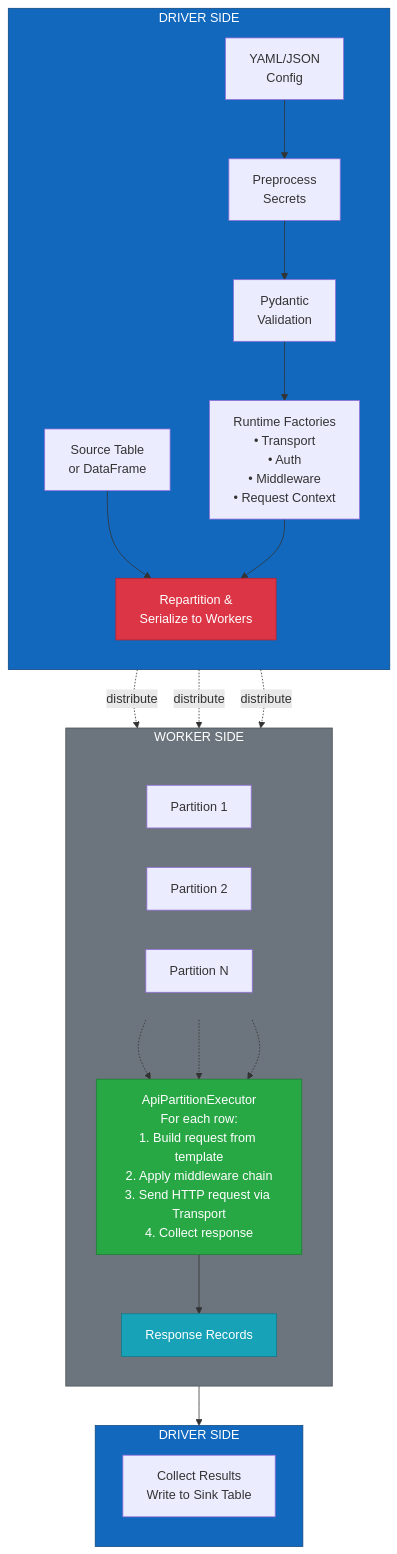
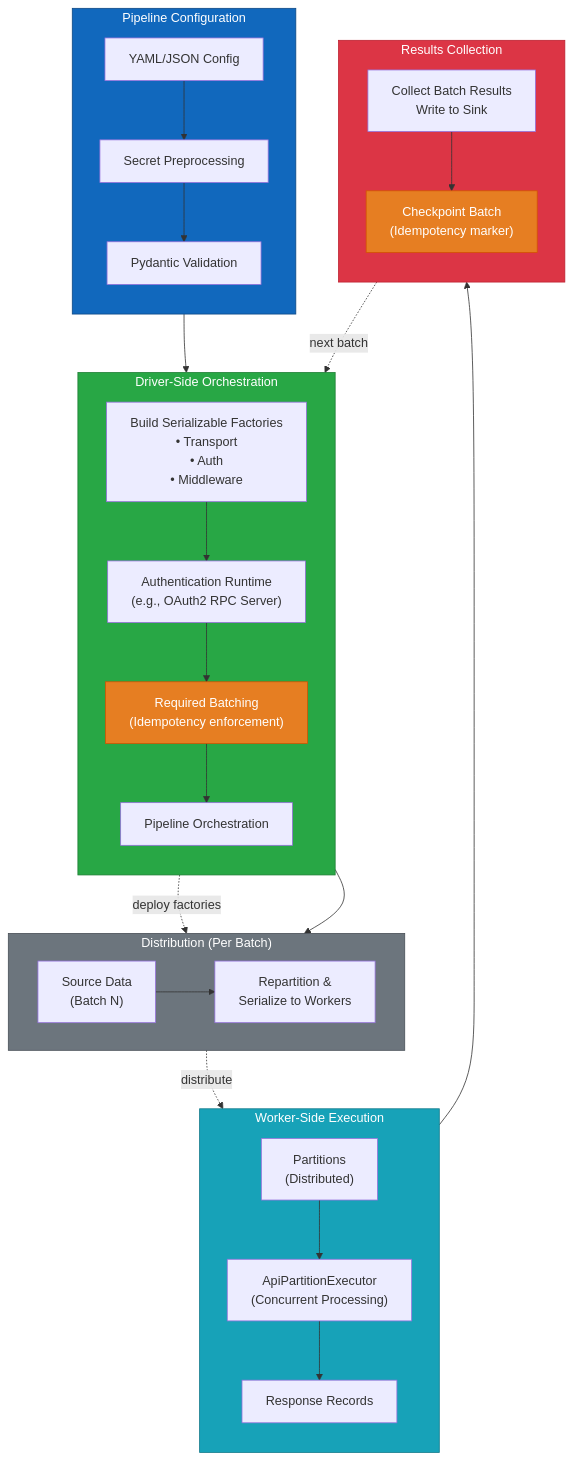
The first of 6 diagrams in docs/architecture.md (zimmerj271/distributed-api-etl), drawn with Mermaid before and after one commit. The commit also changed other lines of this file, not shown here.

Commit message:
Adds entries to architecture document

````diff
--- a/docs/architecture.md
+++ b/docs/architecture.md
@@ -44,52 +68,63 @@
 ```mermaid
 flowchart TB
-    subgraph driver1["DRIVER SIDE"]
+    subgraph config["Pipeline Configuration"]
         direction TB
-        config["YAML/JSON<br/>Config"]
-        preprocess["Preprocess<br/>Secrets"]
-        validation["Pydantic<br/>Validation"]
-        factories["Runtime Factories<br/>• Transport<br/>• Auth<br/>• Middleware<br/>• Request Context"]
-        source["Source Table<br/>or DataFrame"]
+        yaml["YAML/JSON Config"]
+        secrets["Secret Preprocessing"]
+        validation["Pydantic Validation"]
+        
+        yaml --> secrets --> validation
+    end
+    
+    subgraph driver["Driver-Side Orchestration"]
+        direction TB
+        factories["Build Serializable Factories<br/>• Transport<br/>• Auth<br/>• Middleware"]
+        auth_mgmt["Authentication Runtime<br/>(e.g., OAuth2 RPC Server)"]
+        batching["Required Batching<br/>(Idempotency enforcement)"]
+        orchestration["Pipeline Orchestration"]
+        
+        factories --> auth_mgmt
+        auth_mgmt --> batching
+        batching --> orchestration
+    end
+    
+    subgraph distribute["Distribution (Per Batch)"]
+        direction LR
+        source["Source Data<br/>(Batch N)"]
         repartition["Repartition &<br/>Serialize to Workers"]
         
-        config --> preprocess --> validation --> factories
         source --> repartition
-        factories --> repartition
     end
     
-    subgraph workers["WORKER SIDE"]
+    subgraph workers["Worker-Side Execution"]
         direction TB
-        subgraph partitions[" "]
-            direction LR
-            p1["Partition 1"]
-            p2["Partition 2"]
-            pn["Partition N"]
-        end
+        partitions["Partitions<br/>(Distributed)"]
+        executor["ApiPartitionExecutor<br/>(Concurrent Processing)"]
+        responses["Response Records"]
         
-        executor["ApiPartitionExecutor<br/>For each row:<br/>1. Build request from template<br/>2. Apply middleware chain<br/>3. Send HTTP request via Transport<br/>4. Collect response"]
-        
-        responses["Response Records"]
-        p1 -.-> executor
-        p2 -.-> executor
-        pn -.-> executor
-        executor --> responses
+        partitions --> executor --> responses
     end
     
-    subgraph driver2["DRIVER SIDE"]
+    subgraph results["Results Collection"]
         direction TB
-        collect["Collect Results<br/>Write to Sink Table"]
+        collect["Collect Batch Results<br/>Write to Sink"]
+        checkpoint["Checkpoint Batch<br/>(Idempotency marker)"]
+        
+        collect --> checkpoint
     end
     
-    repartition -.->|distribute| p1
-    repartition -.->|distribute| p2
-    repartition -.->|distribute| pn
-    responses --> collect
+    config --> driver
+    driver --> distribute
+    orchestration -.->|"deploy factories"| repartition
+    repartition -.->|"distribute"| partitions
+    responses --> results
+    checkpoint -.->|"next batch"| batching
     
-    style driver1 fill:#1168bd,stroke:#0d4884,color:#fff
-    style workers fill:#6c757d,stroke:#495057,color:#fff
-    style driver2 fill:#1168bd,stroke:#0d4884,color:#fff
-    style partitions fill:none,stroke:none
-    style executor fill:#28a745,stroke:#1e7e34,color:#fff
-    style responses fill:#17a2b8,stroke:#117a8b,color:#fff
-    style repartition fill:#dc3545,stroke:#bd2130,color:#fff
+    style config fill:#1168bd,stroke:#0d4884,color:#fff
+    style driver fill:#28a745,stroke:#1e7e34,color:#fff
+    style distribute fill:#6c757d,stroke:#495057,color:#fff
+    style workers fill:#17a2b8,stroke:#117a8b,color:#fff
+    style results fill:#dc3545,stroke:#bd2130,color:#fff
+    style batching fill:#e67e22,stroke:#d35400,color:#fff
+    style checkpoint fill:#e67e22,stroke:#d35400,color:#fff
 ```
````
